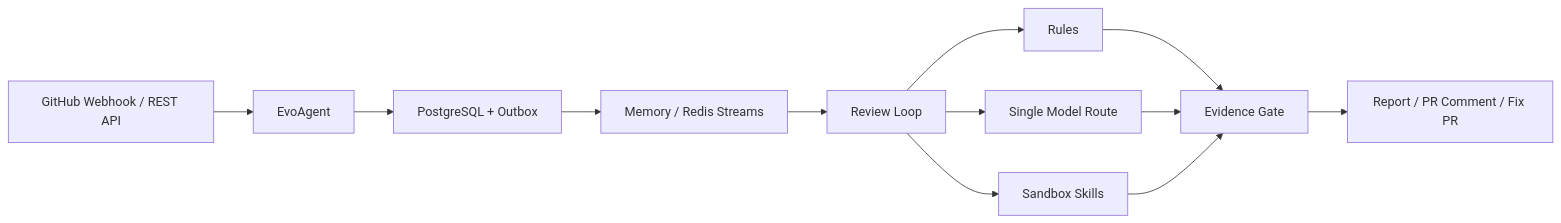
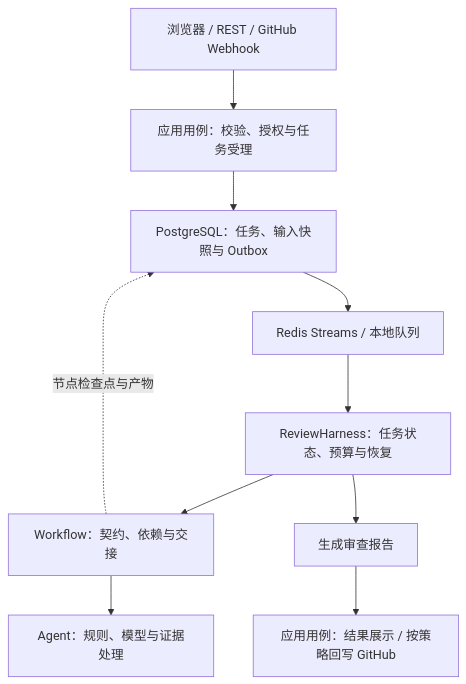
Before and after one commit to God1007/EvoAgent: the diagram in README.md, drawn with Mermaid. The commit also changed other lines of this file and 1 other file, not shown here.

Commit message:
docs: refocus README on architecture and agent design

````diff
--- a/README.md
+++ b/README.md
@@ -64,14 +39,12 @@
 ```mermaid
-flowchart LR
-    INPUT[GitHub Webhook / REST API] --> APP[EvoAgent]
-    APP --> OUTBOX[PostgreSQL + Outbox]
-    OUTBOX --> QUEUE[Memory / Redis Streams]
-    QUEUE --> REVIEW[Review Loop]
-    REVIEW --> RULES[Rules]
-    REVIEW --> LLM[Single Model Route]
-    REVIEW --> SKILLS[Sandbox Skills]
-    RULES --> GATE[Evidence Gate]
-    LLM --> GATE
-    SKILLS --> GATE
-    GATE --> RESULT[Report / PR Comment / Fix PR]
+flowchart TD
+    ENTRY[浏览器 / REST / GitHub Webhook] --> APP[应用用例：校验、授权与任务受理]
+    APP --> STORE[PostgreSQL：任务、输入快照与 Outbox]
+    STORE --> QUEUE[Redis Streams / 本地队列]
+    QUEUE --> HARNESS[ReviewHarness：任务状态、预算与恢复]
+    HARNESS --> FLOW[Workflow：契约、依赖与交接]
+    FLOW --> AGENTS[Agent：规则、模型与证据处理]
+    FLOW -. 节点检查点与产物 .-> STORE
+    HARNESS --> RESULT[生成审查报告]
+    RESULT --> PUBLISH[应用用例：结果展示 / 按策略回写 GitHub]
 ```
````
